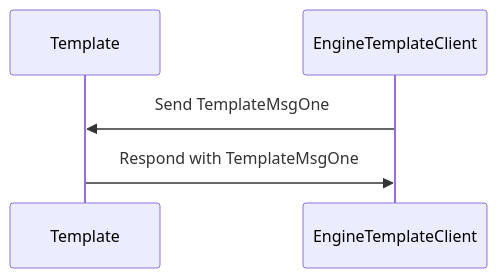
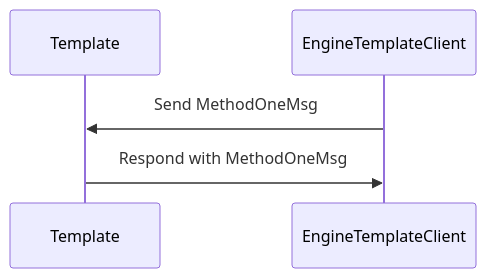
The diagram in docs/node_architecture/engines/template_messages.juvix.md (anoma/nspec), drawn with Mermaid before and after one commit. The commit also changed other lines of this file and 15 other files, not shown here.

````diff
--- a/docs/node_architecture/engines/template_messages.juvix.md
+++ b/docs/node_architecture/engines/template_messages.juvix.md
@@ -124,8 +121,8 @@
 ```mermaid
 sequenceDiagram
     participant Template
     participant EngineTemplateClient
 
-    EngineTemplateClient ->> Template: Send TemplateMsgOne
-    Template ->> EngineTemplateClient: Respond with TemplateMsgOne
+    EngineTemplateClient ->> Template: Send MethodOneMsg
+    Template ->> EngineTemplateClient: Respond with MethodOneMsg
 ```
````
